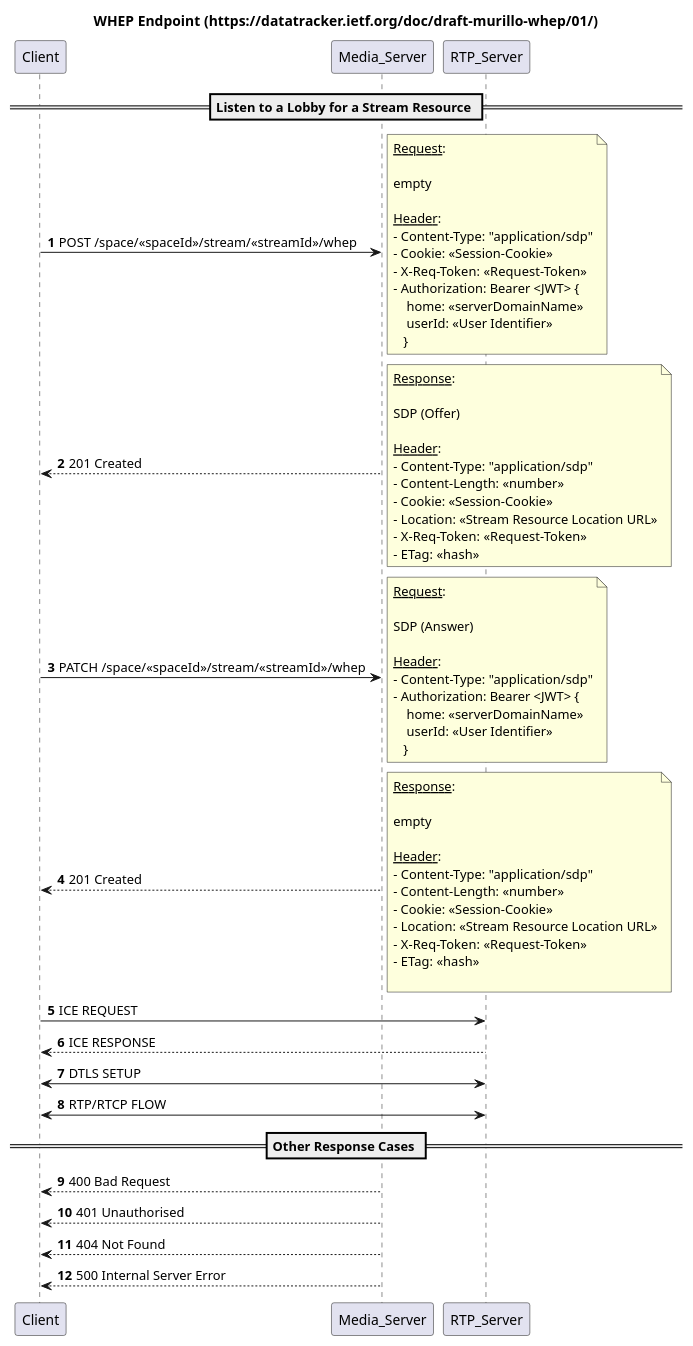
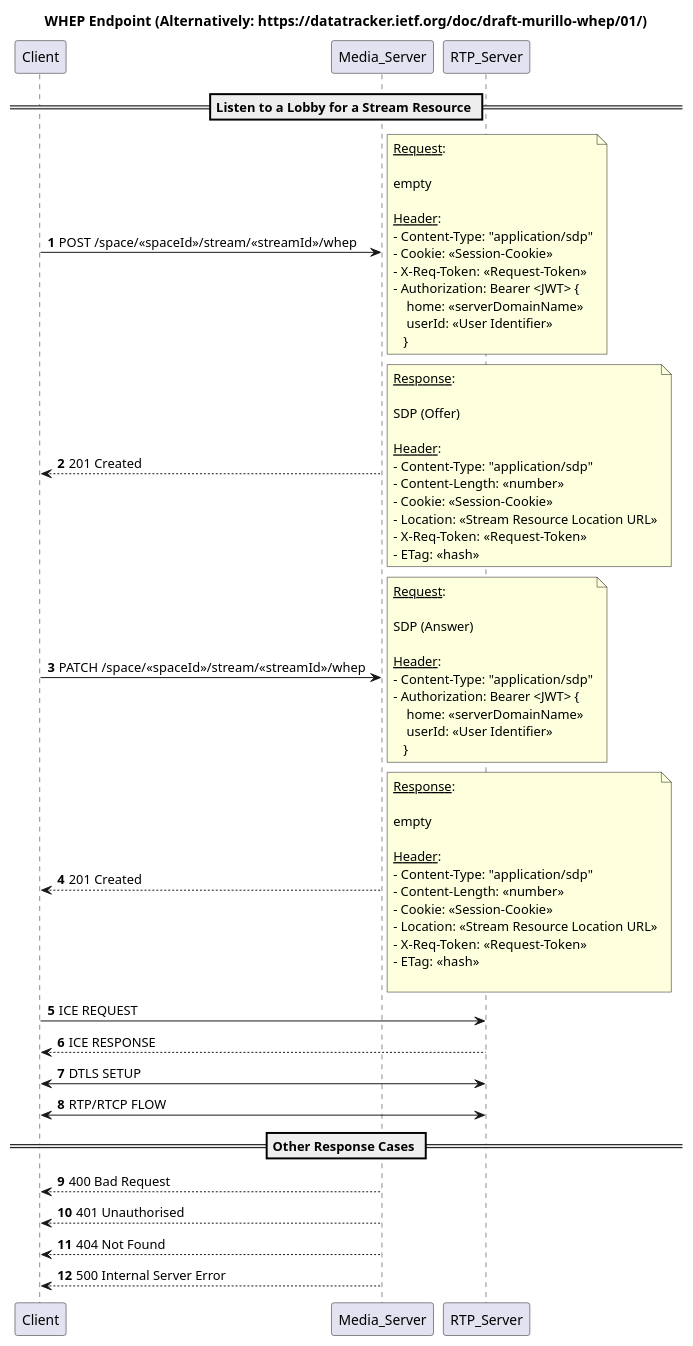
The diagram in docs/uml/sequence/lobby-listen-whep.puml (shigde/sfu), drawn with PlantUML before and after one commit. The commit also changed 2 other files, not shown here.

Commit message:
Listen lobby based on outdated whep alternative

```diff
--- a/docs/uml/sequence/lobby-listen-whep.puml
+++ b/docs/uml/sequence/lobby-listen-whep.puml
@@ -1,82 +1,82 @@
 @startuml
 'https://plantuml.com/sequence-diagram
 
 
-title WHEP Endpoint (https://datatracker.ietf.org/doc/draft-murillo-whep/01/)
+title WHEP Endpoint (Alternatively: https://datatracker.ietf.org/doc/draft-murillo-whep/01/)
 
 autonumber
 == Listen to a Lobby for a Stream Resource ==
 Client -> Media_Server: POST /space/<<spaceId>>/stream/<<streamId>>/whep
 note right
 __Request__:
 
 empty
 
 __Header__:
 - Content-Type: "application/sdp"
 - Cookie: <<Session-Cookie>>
 - X-Req-Token: <<Request-Token>>
 - Authorization: Bearer <JWT> {
     home: <<serverDomainName>>
     userId: <<User Identifier>>
    }
 end note
 
 Client <-- Media_Server: 201 Created
 note right
 __Response__:
 
 SDP (Offer)
 
 __Header__:
 - Content-Type: "application/sdp"
 - Content-Length: <<number>>
 - Cookie: <<Session-Cookie>>
 - Location: <<Stream Resource Location URL>>
 - X-Req-Token: <<Request-Token>>
 - ETag: <<hash>>
 end note
 
 Client -> Media_Server: PATCH /space/<<spaceId>>/stream/<<streamId>>/whep
 note right
 __Request__:
 
 SDP (Answer)
 
 __Header__:
 - Content-Type: "application/sdp"
 - Authorization: Bearer <JWT> {
     home: <<serverDomainName>>
     userId: <<User Identifier>>
    }
 end note
 
 Client <-- Media_Server: 201 Created
 note right
 __Response__:
 
 empty
 
 __Header__:
 - Content-Type: "application/sdp"
 - Content-Length: <<number>>
 - Cookie: <<Session-Cookie>>
 - Location: <<Stream Resource Location URL>>
 - X-Req-Token: <<Request-Token>>
 - ETag: <<hash>>
 
 end note
 
 Client -> RTP_Server:  ICE REQUEST
 Client <-- RTP_Server: ICE RESPONSE
 Client <-> RTP_Server: DTLS SETUP
 Client <-> RTP_Server: RTP/RTCP FLOW
 
 == Other Response Cases ==
 
 Client <-- Media_Server: 400 Bad Request
 Client <-- Media_Server: 401 Unauthorised
 Client <-- Media_Server: 404 Not Found
 Client <-- Media_Server: 500 Internal Server Error
 
 @enduml
```
